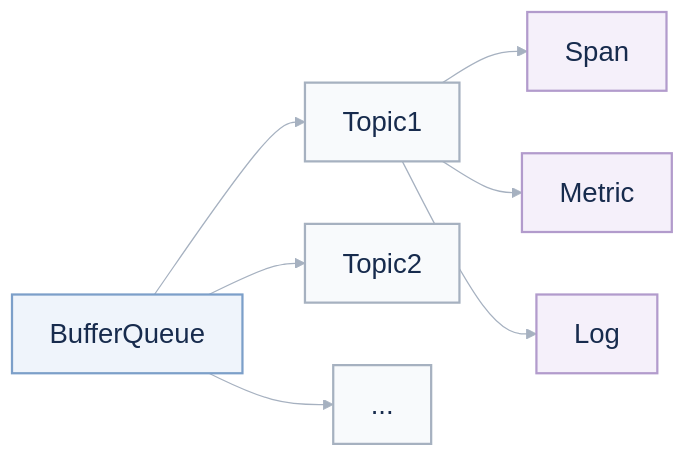
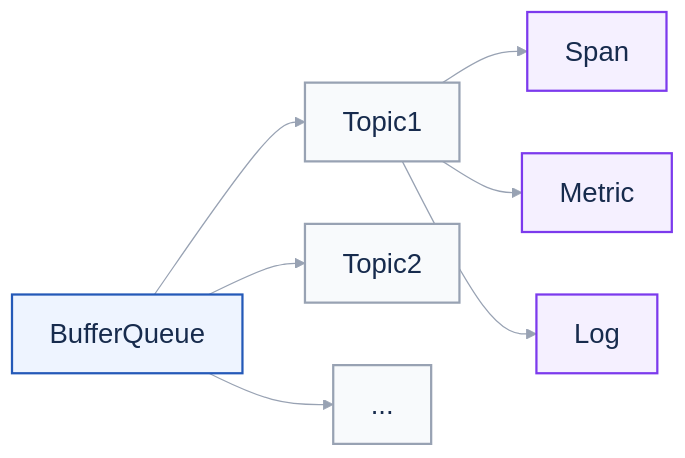
One commit to eventhorizon-cli/BufferQueue changed the diagram in docs/assets/BufferQueueMindMap.mmd. Above: the diagram before and after it, drawn with Mermaid. The commit also changed 45 other files, not shown here.

Commit message:
docs: restore higher-contrast chart colors

```diff
--- a/docs/assets/BufferQueueMindMap.mmd
+++ b/docs/assets/BufferQueueMindMap.mmd
@@ -1,24 +1,24 @@
 ---
 config:
   theme: base
   themeVariables:
     background: "#ffffff"
     fontFamily: "Arial, 'PingFang SC', 'Microsoft YaHei', sans-serif"
     fontSize: 22px
     primaryTextColor: "#172b4d"
-    lineColor: "#a6b1c0"
+    lineColor: "#98a2b3"
 ---
 %% Topology: Q -> T1, T2, More; T1 -> Span, Metric, Log.
 flowchart LR
     Q[BufferQueue] --> T1[Topic1]
     Q --> T2[Topic2]
     Q --> More[...]
     T1 --> Span[Span]
     T1 --> Metric[Metric]
     T1 --> Log[Log]
     class Q queue
     class T1,T2,More topic
     class Span,Metric,Log type
-    classDef queue fill:#eff4fb,stroke:#7c9fc9,color:#172b4d,stroke-width:1.8px
-    classDef topic fill:#f8fafc,stroke:#a6b1c0,color:#172b4d,stroke-width:1.8px
-    classDef type fill:#f5f0fa,stroke:#b29bcc,color:#172b4d,stroke-width:1.8px
+    classDef queue fill:#eef4ff,stroke:#2459b8,color:#172b4d,stroke-width:1.8px
+    classDef topic fill:#f8fafc,stroke:#98a2b3,color:#172b4d,stroke-width:1.8px
+    classDef type fill:#f5f0ff,stroke:#7c3aed,color:#172b4d,stroke-width:1.8px
```
